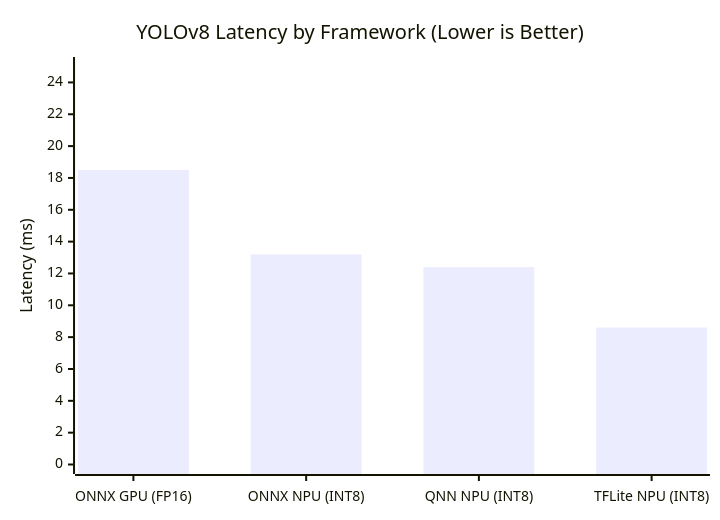
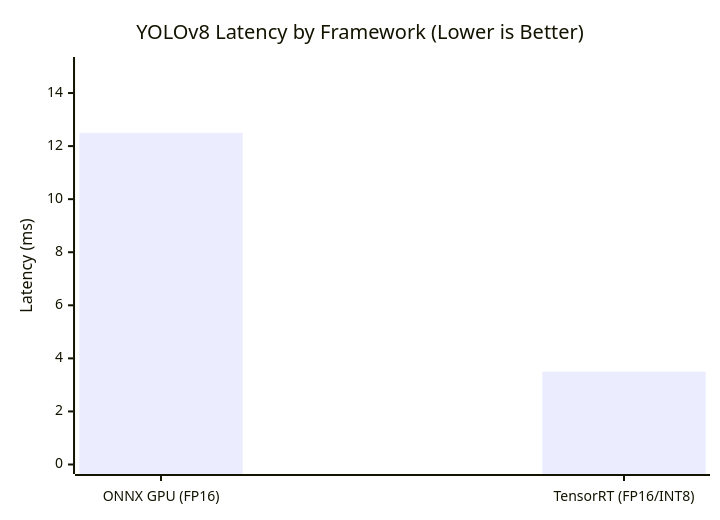
Before and after one commit to zok213/DAT1: the second of 5 diagrams in README.md, drawn with Mermaid. The commit also changed other lines of this file and 3 other files, not shown here.

````diff
--- a/README.md
+++ b/README.md
@@ -27,7 +25,7 @@
 ```mermaid
 xychart-beta
     title "YOLOv8 Latency by Framework (Lower is Better)"
-    x-axis ["ONNX GPU (FP16)", "ONNX NPU (INT8)", "QNN NPU (INT8)", "TFLite NPU (INT8)"]
-    y-axis "Latency (ms)" 0 --> 25
-    bar [18.5, 13.2, 12.4, 8.6]
+    x-axis ["ONNX GPU (FP16)", "TensorRT (FP16/INT8)"]
+    y-axis "Latency (ms)" 0 --> 15
+    bar [12.5, 3.5]
 ```
````
